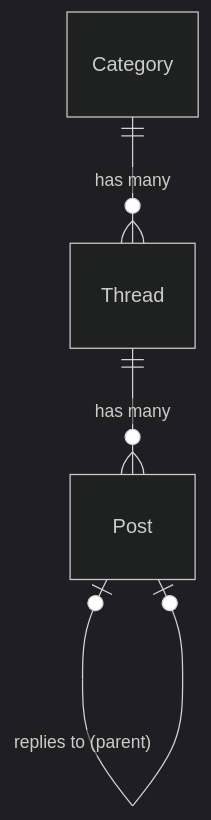
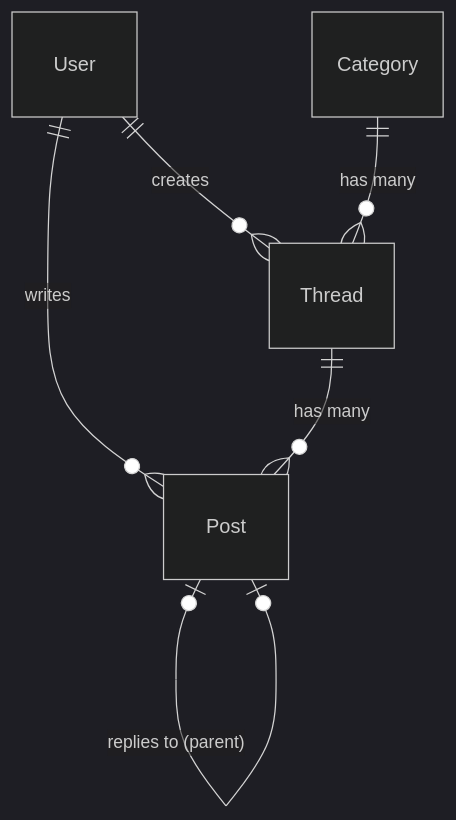
Before and after one commit to denden-dr/net-forum: the second of 2 diagrams in docs/architecture.md, drawn with Mermaid (dark theme). The commit also changed other lines of this file and 4 other files, not shown here.

Commit message:
docs: update README, system guidelines, architectural design, and api specifications

````diff
--- a/docs/architecture.md
+++ b/docs/architecture.md
@@ -47,6 +47,8 @@
 ```mermaid
 erDiagram
+    User ||--o{ Thread : "creates"
+    User ||--o{ Post : "writes"
     Category ||--o{ Thread : "has many"
     Thread ||--o{ Post : "has many"
     Post |o--o| Post : "replies to (parent)"
 ```
````
